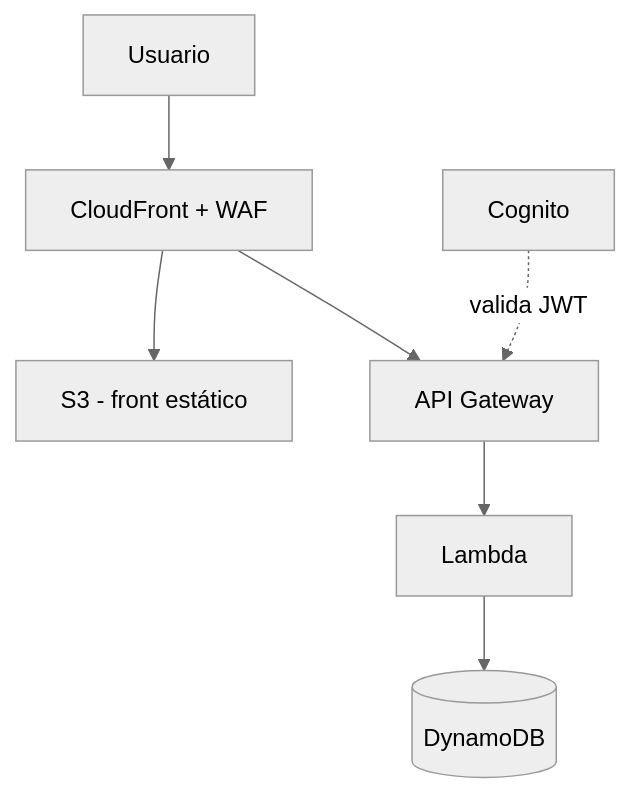
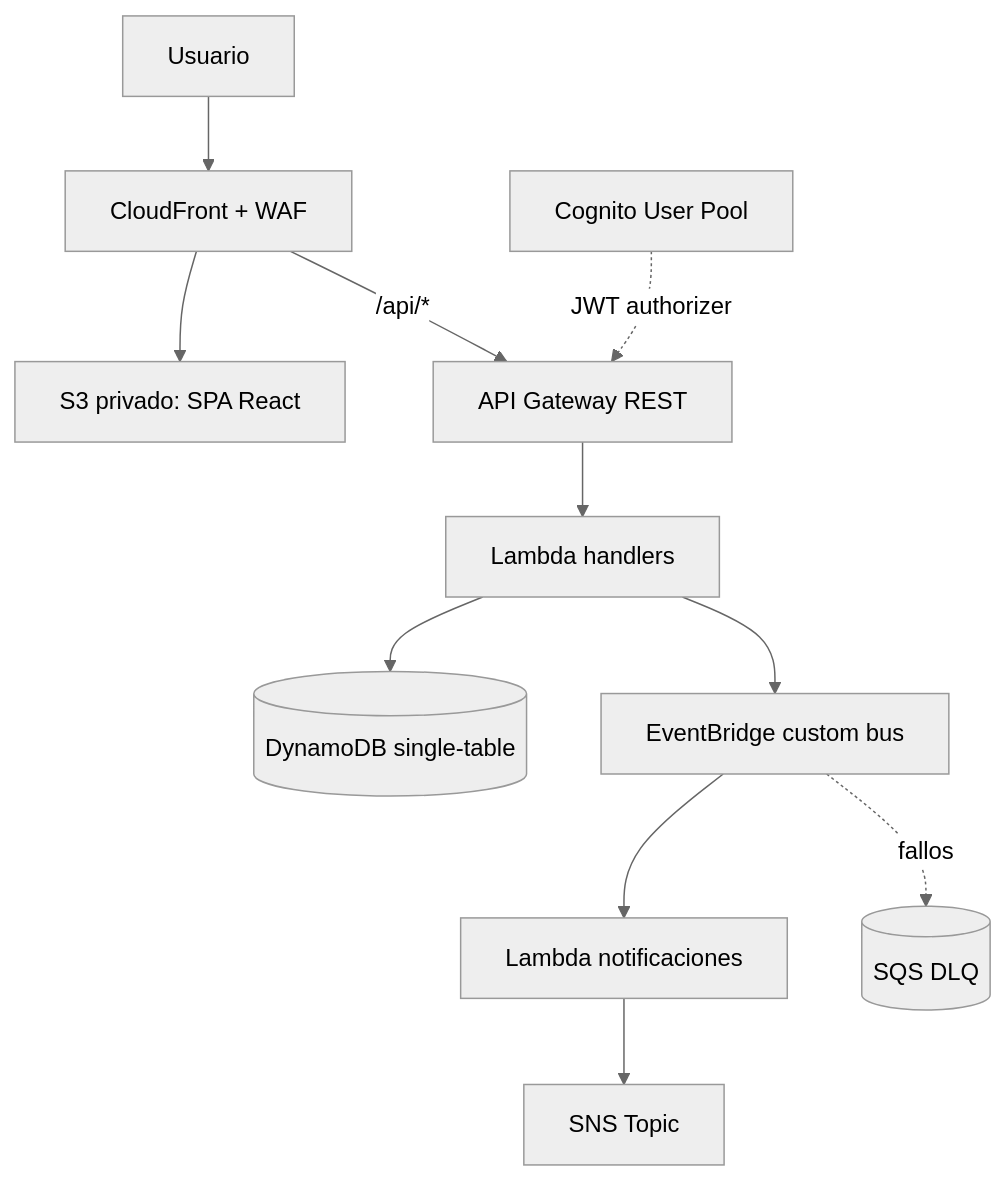
Before and after one commit to ivethhanna/CookingLab: the first of 2 diagrams in docs/arquitectura.md, drawn with Mermaid (neutral theme). The commit also changed other lines of this file and 26 other files, not shown here.

````diff
--- a/docs/arquitectura.md
+++ b/docs/arquitectura.md
@@ -31,9 +15,13 @@
 ```mermaid
 flowchart TD
     U[Usuario] --> CF[CloudFront + WAF]
-    CF --> S3[S3 - front estático]
-    CF --> AG[API Gateway]
-    CG[Cognito] -.valida JWT.-> AG
-    AG --> L[Lambda]
-    L --> DDB[(DynamoDB)]
+    CF --> S3[S3 privado: SPA React]
+    CF -->|/api/*| AG[API Gateway REST]
+    COG[Cognito User Pool] -.JWT authorizer.-> AG
+    AG --> L[Lambda handlers]
+    L --> DDB[(DynamoDB single-table)]
+    L --> EB[EventBridge custom bus]
+    EB --> NL[Lambda notificaciones]
+    NL --> SNS[SNS Topic]
+    EB -.fallos.-> DLQ[(SQS DLQ)]
 ```
````
